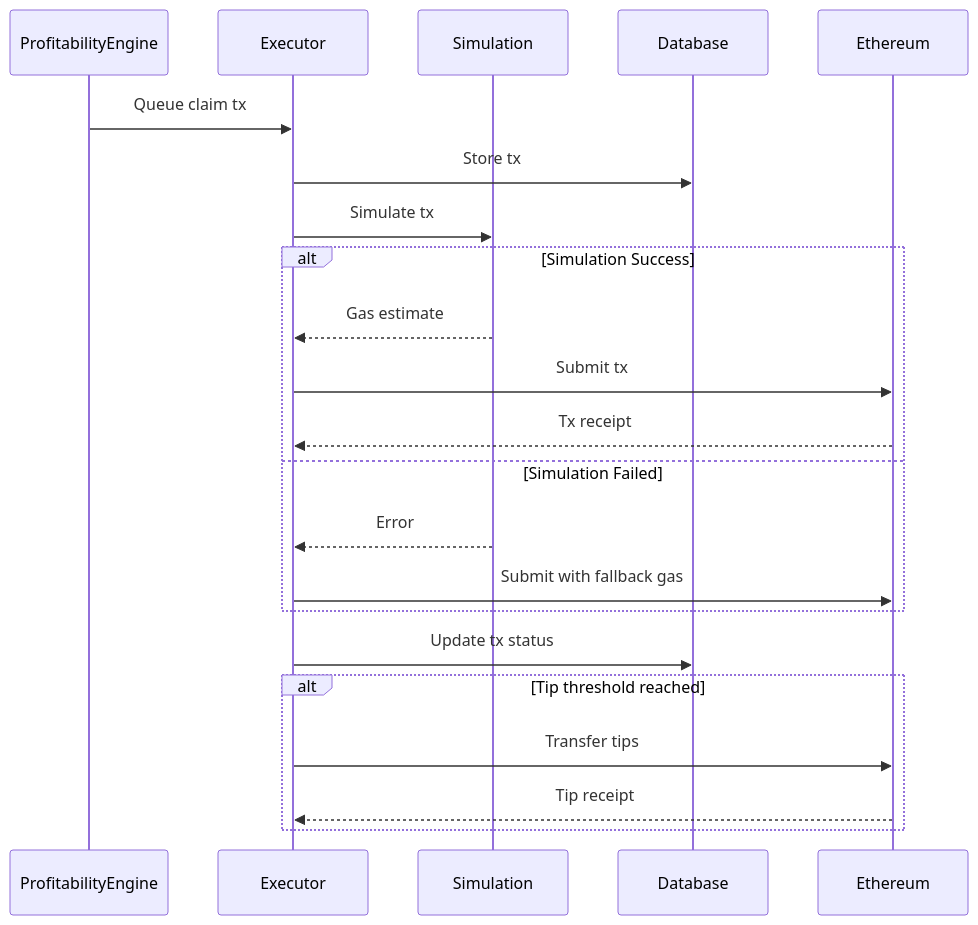
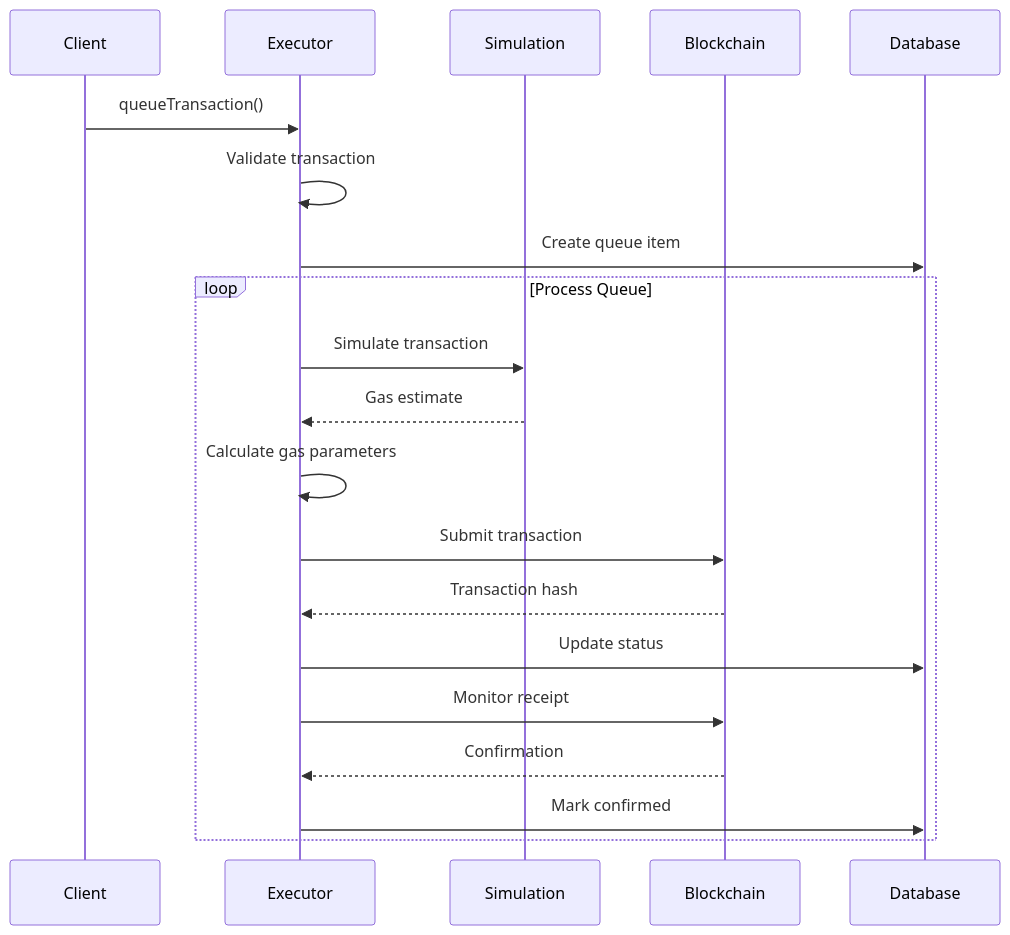
One commit to ScopeLift/staker-bots changed the third of 6 diagrams in src/executor/README.md. Above: the diagram before and after it, drawn with Mermaid. The commit also changed other lines of this file and 11 other files, not shown here.

````diff
--- a/src/executor/README.md
+++ b/src/executor/README.md
@@ -154,25 +119,24 @@
 ```mermaid
 sequenceDiagram
-    participant ProfitabilityEngine
+    participant Client
     participant Executor
     participant Simulation
+    participant Blockchain
     participant Database
-    participant Ethereum
-
-    ProfitabilityEngine->>Executor: Queue claim tx
-    Executor->>Database: Store tx
-    Executor->>Simulation: Simulate tx
-    alt Simulation Success
+    
+    Client->>Executor: queueTransaction()
+    Executor->>Executor: Validate transaction
+    Executor->>Database: Create queue item
+    
+    loop Process Queue
+        Executor->>Simulation: Simulate transaction
         Simulation-->>Executor: Gas estimate
-        Executor->>Ethereum: Submit tx
-        Ethereum-->>Executor: Tx receipt
-    else Simulation Failed
-        Simulation-->>Executor: Error
-        Executor->>Ethereum: Submit with fallback gas
-    end
-    Executor->>Database: Update tx status
-    alt Tip threshold reached
-        Executor->>Ethereum: Transfer tips
-        Ethereum-->>Executor: Tip receipt
+        Executor->>Executor: Calculate gas parameters
+        Executor->>Blockchain: Submit transaction
+        Blockchain-->>Executor: Transaction hash
+        Executor->>Database: Update status
+        Executor->>Blockchain: Monitor receipt
+        Blockchain-->>Executor: Confirmation
+        Executor->>Database: Mark confirmed
     end
 ```
````
